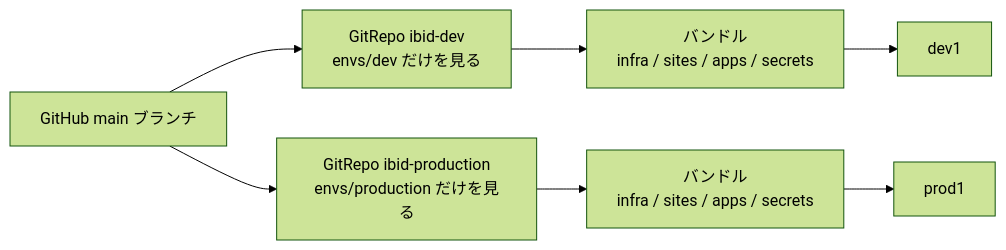
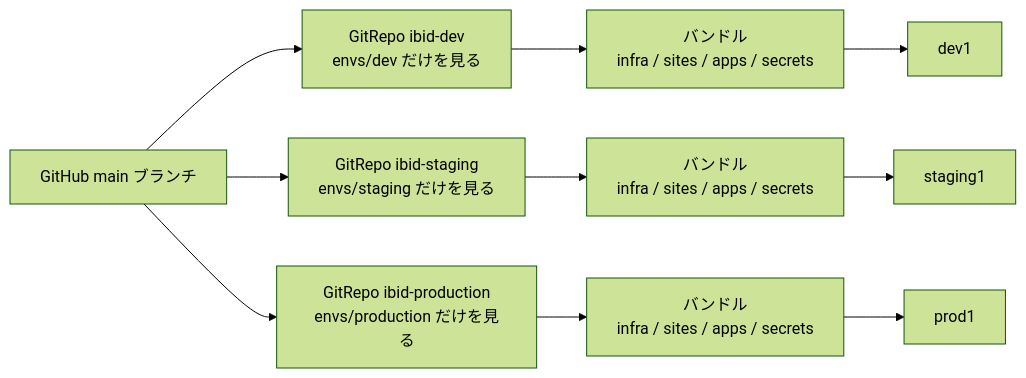
One commit to silver198545/ibid-fleet-config changed the third of 10 diagrams in docs/architecture.md. Above: the diagram before and after it, drawn with Mermaid (forest theme). The commit also changed other lines of this file and 24 other files, not shown here.

````diff
--- a/docs/architecture.md
+++ b/docs/architecture.md
@@ -103,7 +111,9 @@
 ```mermaid
 flowchart LR
   MAIN["GitHub main ブランチ"] --> GRD["GitRepo ibid-dev<br>envs/dev だけを見る"]
+  MAIN --> GRS["GitRepo ibid-staging<br>envs/staging だけを見る"]
   MAIN --> GRP["GitRepo ibid-production<br>envs/production だけを見る"]
   GRD --> BD["バンドル<br>infra / sites / apps / secrets"] --> DEV["dev1"]
+  GRS --> BS["バンドル<br>infra / sites / apps / secrets"] --> STG["staging1"]
   GRP --> BP["バンドル<br>infra / sites / apps / secrets"] --> PROD["prod1"]
 ```
````
